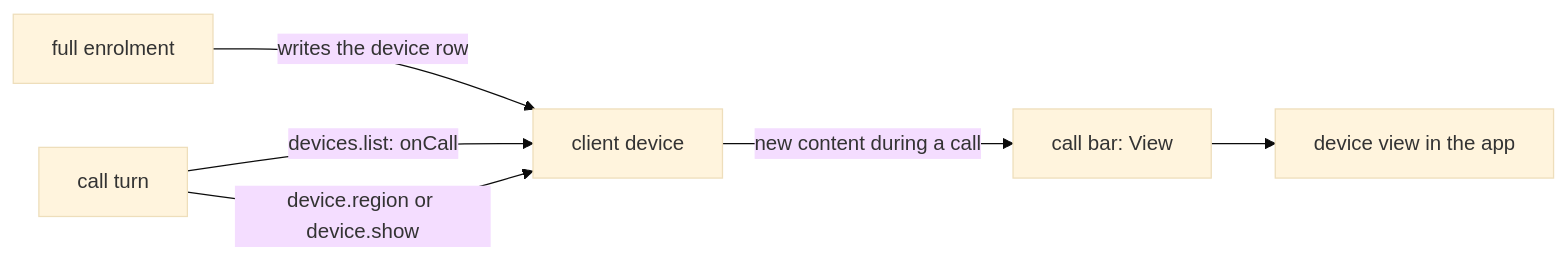
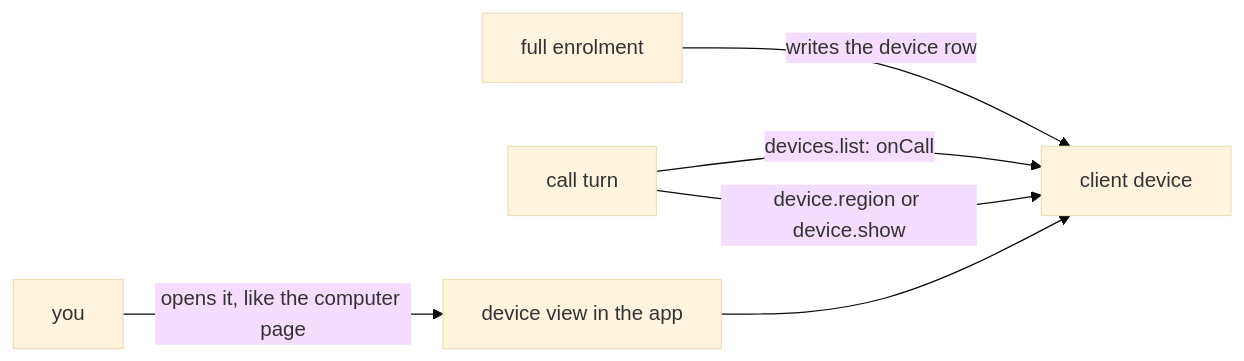
One commit to zgeoff/nixie changed the diagram in docs/design/queue/client-devices.md. Above: the diagram before and after it, drawn with Mermaid (base theme). The commit also changed other lines of this file, not shown here.

Commit message:
docs(design): open the device view by hand, like the computer page

````diff
--- a/docs/design/queue/client-devices.md
+++ b/docs/design/queue/client-devices.md
@@ -21,8 +21,8 @@
 ```mermaid
 flowchart LR
   enrol[full enrolment] -->|"writes the device row"| device[client device]
   turn[call turn] -->|"devices.list: onCall"| device
   turn -->|"device.region or device.show"| device
-  device -->|"new content during a call"| bar[call bar: View]
-  bar --> view[device view in the app]
+  you -->|"opens it, like the computer page"| view[device view in the app]
+  view --> device
 ```
````
